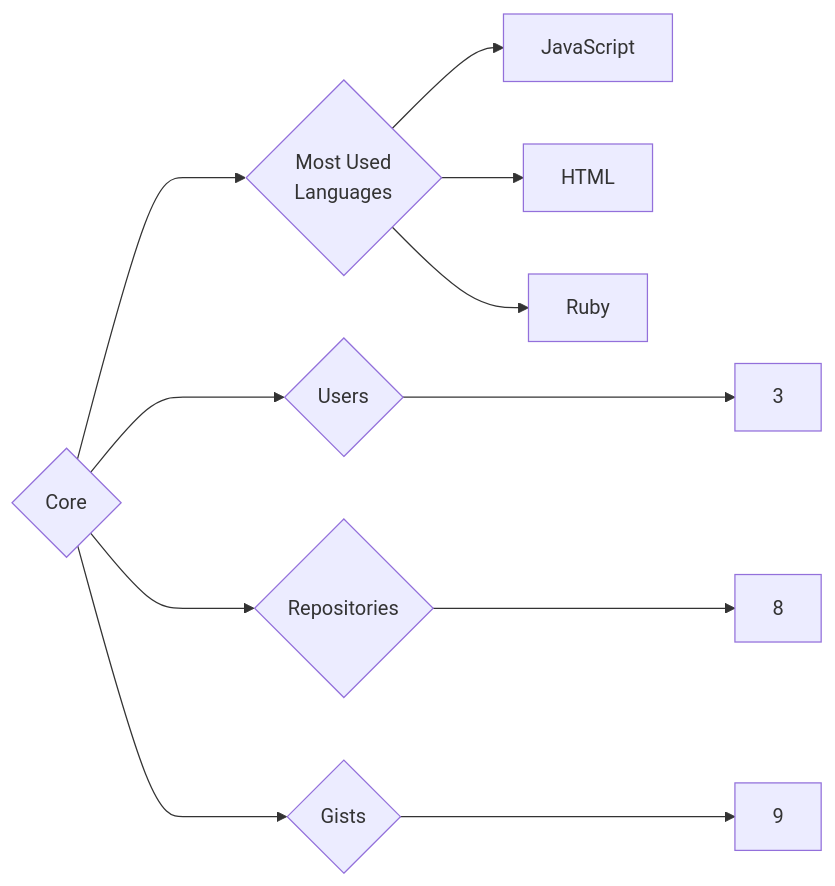
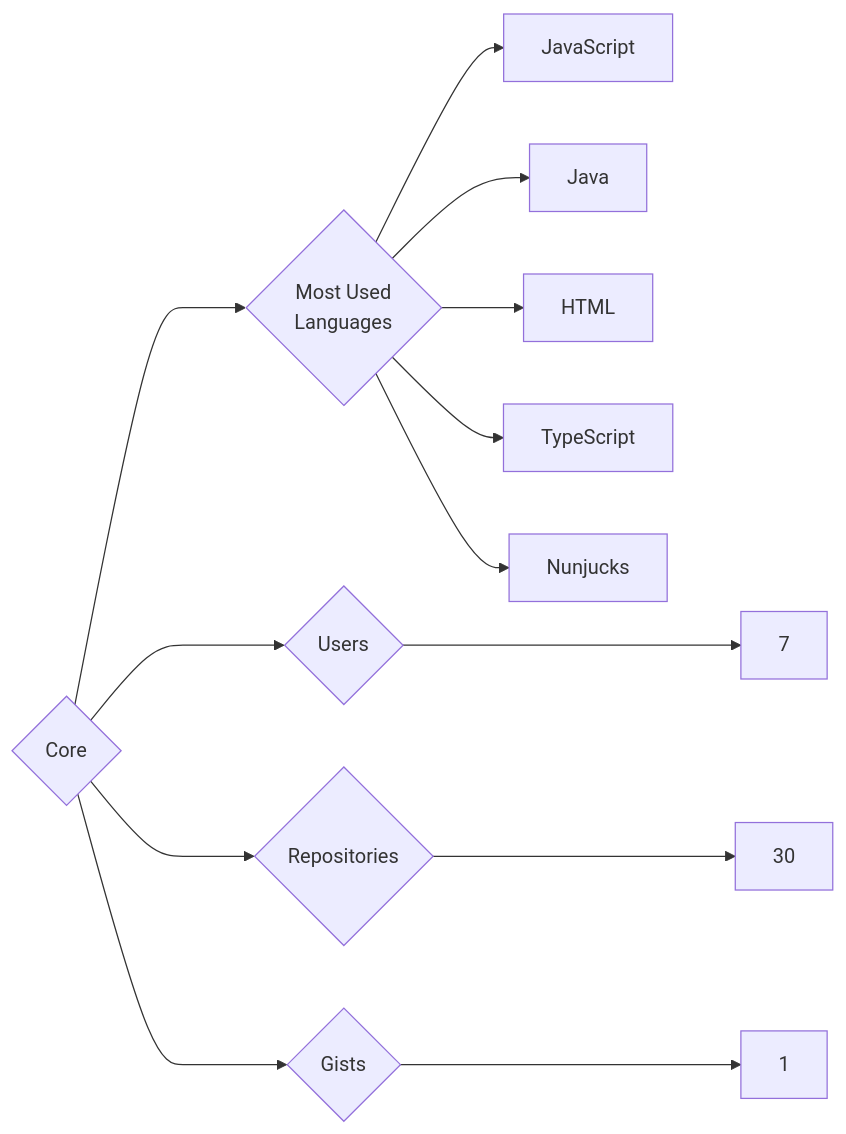
The diagram in targets/Core/README.md (trickest/insiders), drawn with Mermaid before and after one commit. The commit also changed 985 other files, not shown here.

````diff
--- a/targets/Core/README.md
+++ b/targets/Core/README.md
@@ -3,11 +3,13 @@
 ```mermaid
 graph LR
 COMPANY_NAME{Core}
-COMPANY_NAME ---> U{Users} ---> UN[3]
-COMPANY_NAME ---> R{Repositories} ---> RN[8]
-COMPANY_NAME ---> G{Gists} ---> GN[9]
+COMPANY_NAME ---> U{Users} ---> UN[7]
+COMPANY_NAME ---> R{Repositories} ---> RN[30]
+COMPANY_NAME ---> G{Gists} ---> GN[1]
 COMPANY_NAME ---> ML{Most Used<br>Languages}
 ML --> JavaScript[JavaScript]
+ML --> Java[Java]
 ML --> HTML[HTML]
-ML --> Ruby[Ruby]
+ML --> TypeScript[TypeScript]
+ML --> Nunjucks[Nunjucks]
 ```
````
